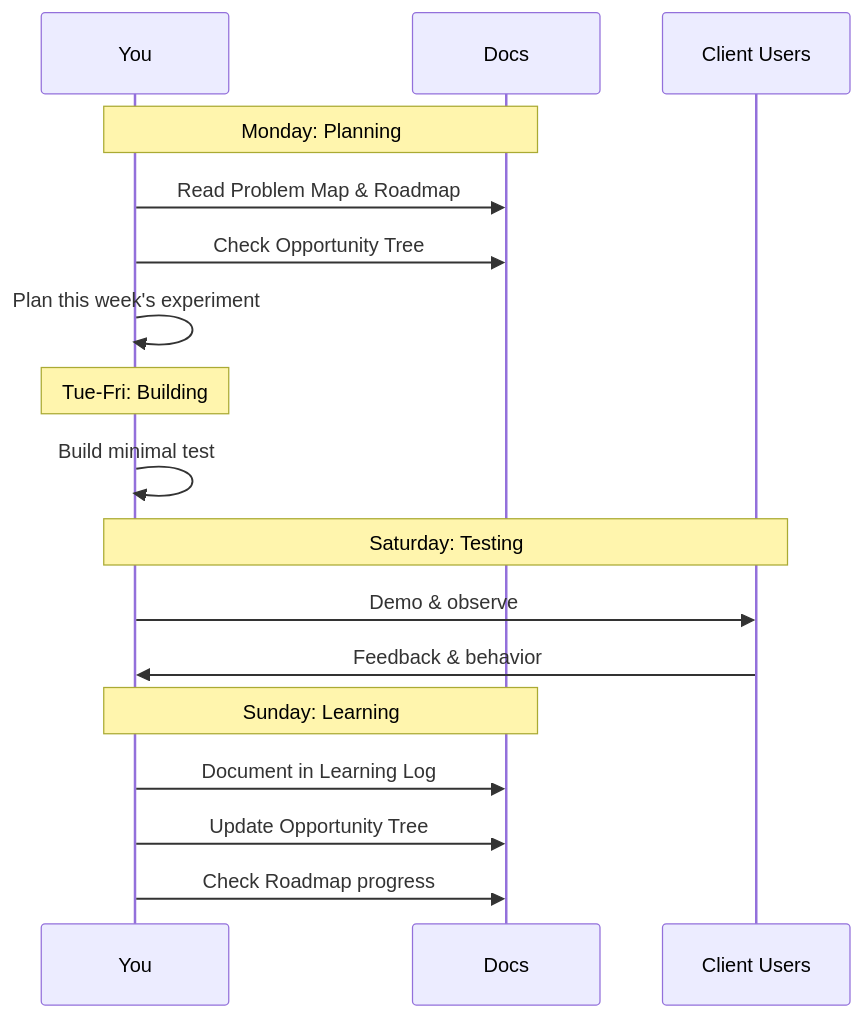
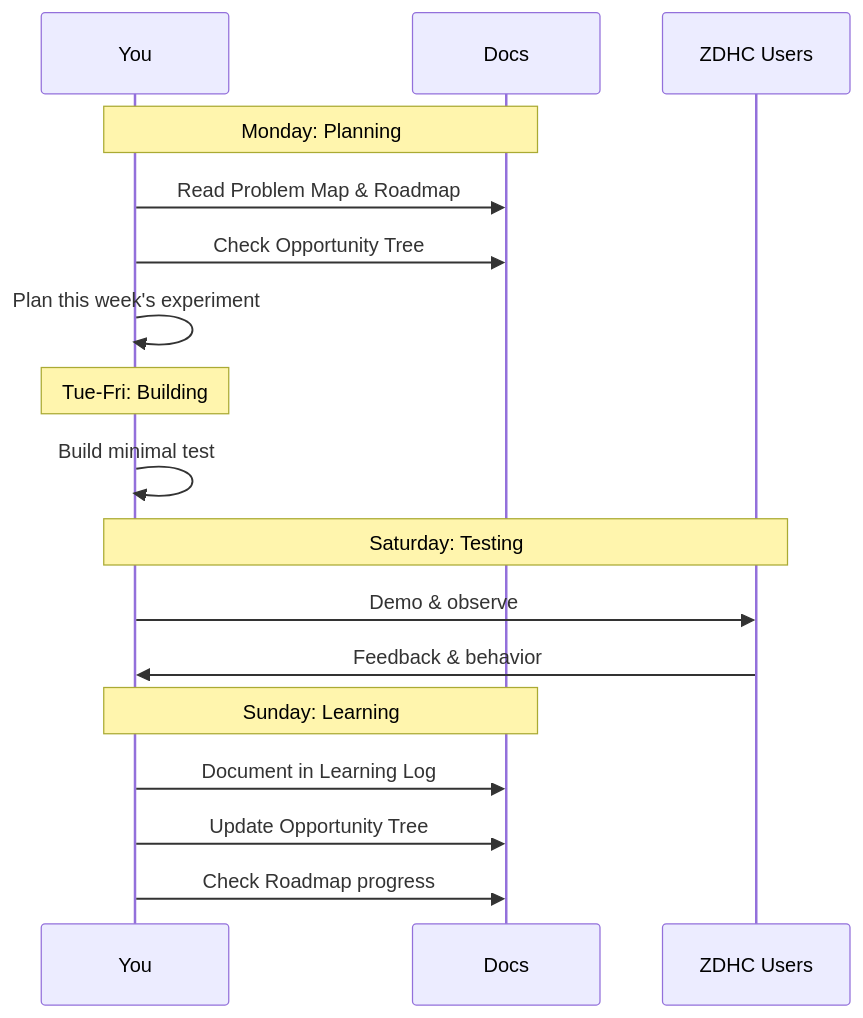
One commit to synergyai-os/Synergy-Open-Source changed the second of 6 diagrams in dev-docs/draft_claude/00-documentation-overview.md. Above: the diagram before and after it, drawn with Mermaid. The commit also changed other lines of this file and 12 other files, not shown here.

````diff
--- a/dev-docs/draft_claude/00-documentation-overview.md
+++ b/dev-docs/draft_claude/00-documentation-overview.md
@@ -52,23 +52,23 @@
 ```mermaid
 sequenceDiagram
     participant You
     participant Docs
-    participant Client Users
+    participant ZDHC Users
     
     Note over You,Docs: Monday: Planning
     You->>Docs: Read Problem Map & Roadmap
     You->>Docs: Check Opportunity Tree
     You->>You: Plan this week's experiment
     
     Note over You: Tue-Fri: Building
     You->>You: Build minimal test
     
-    Note over You,Client Users: Saturday: Testing
-    You->>Client Users: Demo & observe
-    Client Users->>You: Feedback & behavior
+    Note over You,ZDHC Users: Saturday: Testing
+    You->>ZDHC Users: Demo & observe
+    ZDHC Users->>You: Feedback & behavior
     
     Note over You,Docs: Sunday: Learning
     You->>Docs: Document in Learning Log
     You->>Docs: Update Opportunity Tree
     You->>Docs: Check Roadmap progress
 ```
````
